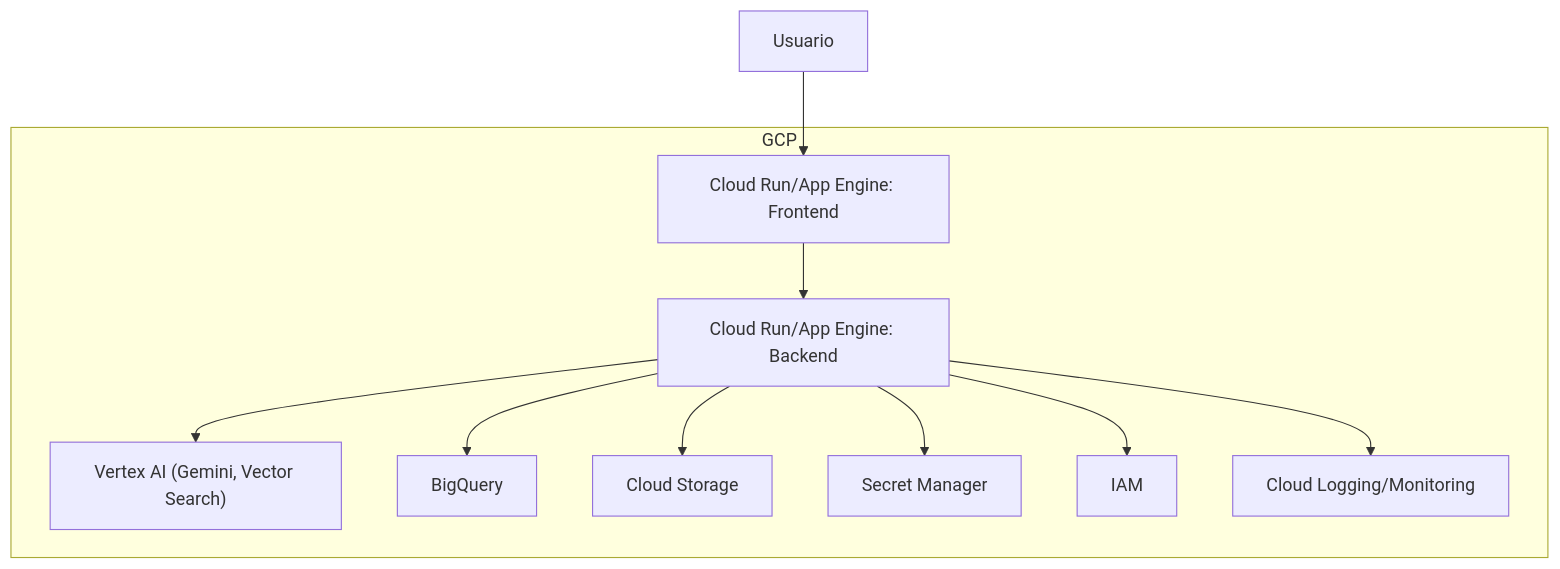
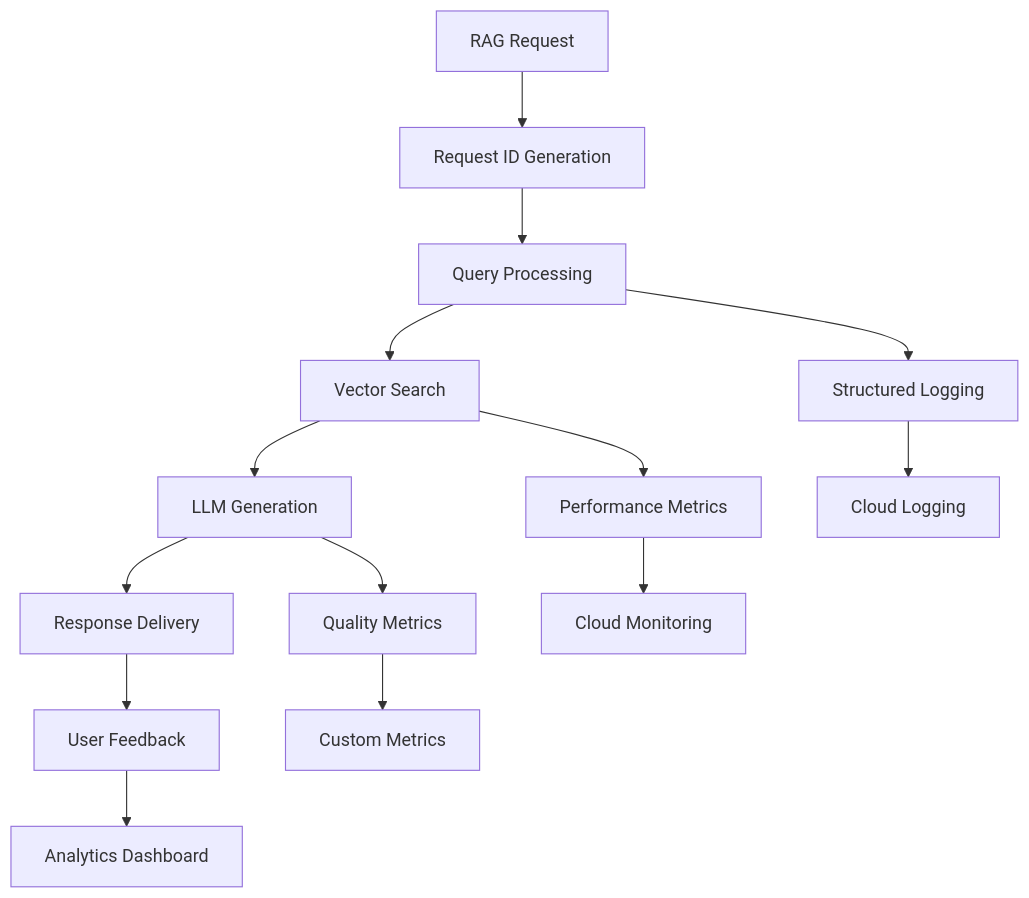
Before and after one commit to LIDR-academy/AI4Devs-finalproject: the sixth of 27 diagrams in docs/tech-solution.md, drawn with Mermaid. The commit also changed other lines of this file and 13 other files, not shown here.

````diff
--- a/docs/tech-solution.md
+++ b/docs/tech-solution.md
@@ -106,21 +310,18 @@
 ```mermaid
-flowchart TD
-    subgraph GCP
-        A["Cloud Run/App Engine: Frontend"]
-        B["Cloud Run/App Engine: Backend"]
-        C["Vertex AI (Gemini, Vector Search)"]
-        D["BigQuery"]
-        E["Cloud Storage"]
-        F["Secret Manager"]
-        G["IAM"]
-        H["Cloud Logging/Monitoring"]
-    end
-    User["Usuario"] --> A
-    A --> B
-    B --> C
-    B --> D
-    B --> E
-    B --> F
-    B --> G
-    B --> H
+graph TB
+    A[RAG Request] --> B[Request ID Generation]
+    B --> C[Query Processing]
+    C --> D[Vector Search]
+    D --> E[LLM Generation]
+    E --> F[Response Delivery]
+    
+    C --> G[Structured Logging]
+    D --> H[Performance Metrics]
+    E --> I[Quality Metrics]
+    F --> J[User Feedback]
+    
+    G --> K[Cloud Logging]
+    H --> L[Cloud Monitoring]
+    I --> M[Custom Metrics]
+    J --> N[Analytics Dashboard]
 ```
````
